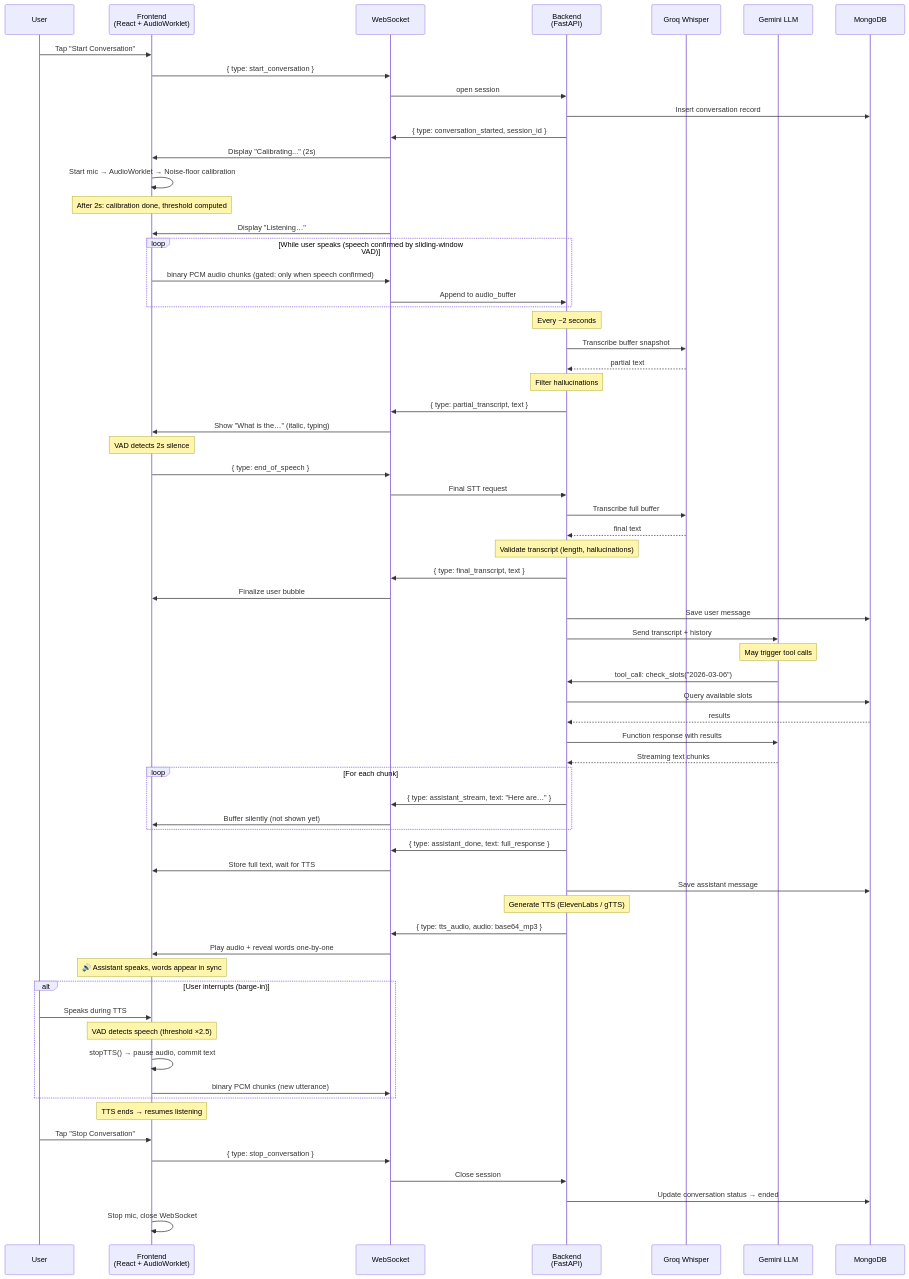
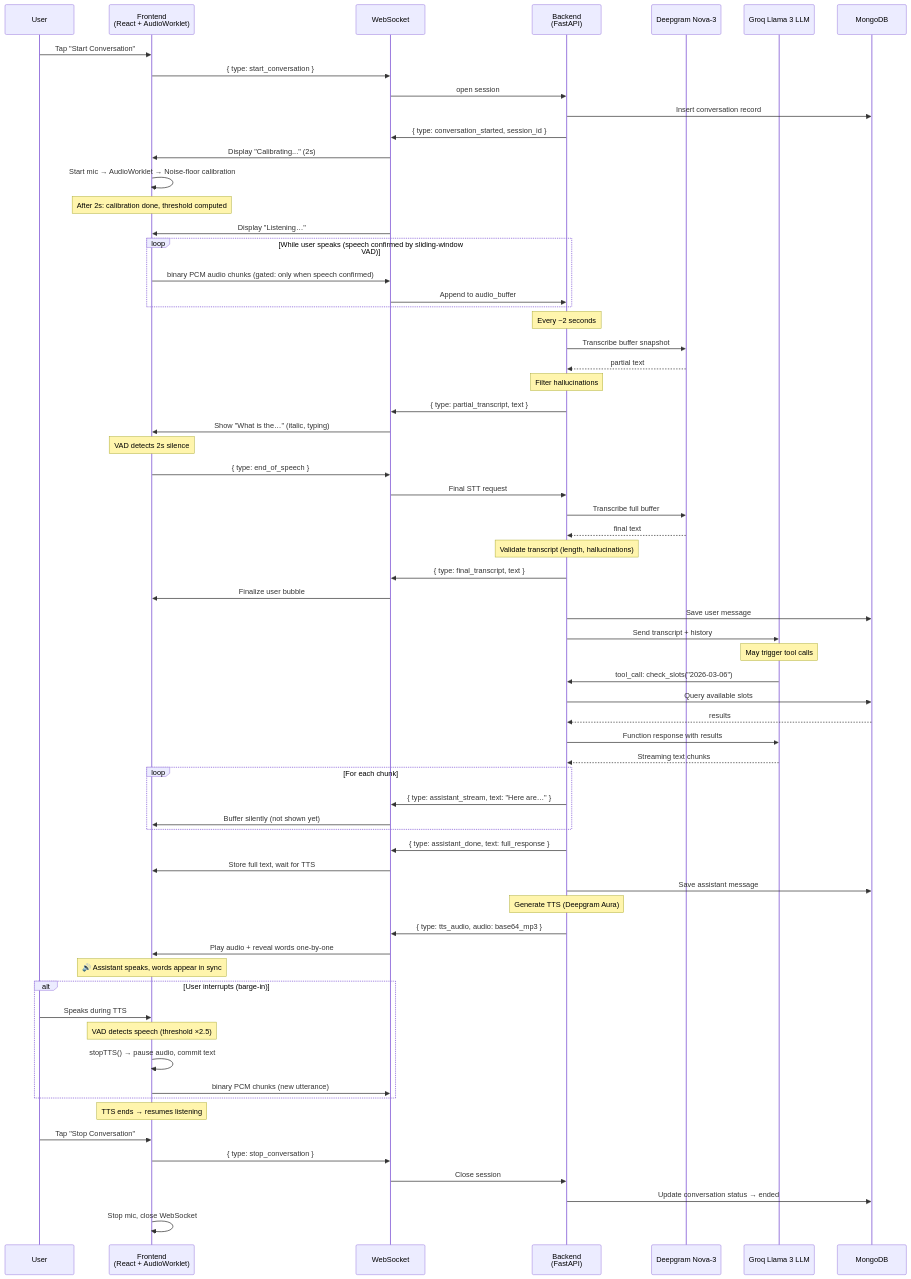
The second of 5 diagrams in docs/ARCHITECTURE.md (charanp2006/demo-voice-agent), drawn with Mermaid before and after one commit. The commit also changed other lines of this file and 8 other files, not shown here.

Commit message:
Update the STT, TTS, LLM with new tech stack

````diff
--- a/docs/ARCHITECTURE.md
+++ b/docs/ARCHITECTURE.md
@@ -64,80 +64,80 @@
 ```mermaid
 sequenceDiagram
     participant U as User
     participant FE as Frontend<br/>(React + AudioWorklet)
     participant WS as WebSocket
     participant BE as Backend<br/>(FastAPI)
-    participant STT as Groq Whisper
-    participant LLM as Gemini LLM
+    participant STT as Deepgram Nova-3
+    participant LLM as Groq Llama 3 LLM
     participant DB as MongoDB
 
     U->>FE: Tap "Start Conversation"
     FE->>WS: { type: start_conversation }
     WS->>BE: open session
     BE->>DB: Insert conversation record
     BE->>WS: { type: conversation_started, session_id }
     WS->>FE: Display "Calibrating..." (2s)
     FE->>FE: Start mic → AudioWorklet → Noise-floor calibration
     Note over FE: After 2s: calibration done, threshold computed
     WS->>FE: Display "Listening…"
 
     loop While user speaks (speech confirmed by sliding-window VAD)
         FE->>WS: binary PCM audio chunks (gated: only when speech confirmed)
         WS->>BE: Append to audio_buffer
     end
 
     Note over BE: Every ~2 seconds
     BE->>STT: Transcribe buffer snapshot
     STT-->>BE: partial text
     Note over BE: Filter hallucinations
     BE->>WS: { type: partial_transcript, text }
     WS->>FE: Show "What is the…" (italic, typing)
 
     Note over FE: VAD detects 2s silence
     FE->>WS: { type: end_of_speech }
     WS->>BE: Final STT request
 
     BE->>STT: Transcribe full buffer
     STT-->>BE: final text
     Note over BE: Validate transcript (length, hallucinations)
     BE->>WS: { type: final_transcript, text }
     WS->>FE: Finalize user bubble
     BE->>DB: Save user message
 
     BE->>LLM: Send transcript + history
     Note over LLM: May trigger tool calls
     LLM->>BE: tool_call: check_slots("2026-03-06")
     BE->>DB: Query available slots
     DB-->>BE: results
     BE->>LLM: Function response with results
     LLM-->>BE: Streaming text chunks
 
     loop For each chunk
         BE->>WS: { type: assistant_stream, text: "Here are…" }
         WS->>FE: Buffer silently (not shown yet)
     end
 
     BE->>WS: { type: assistant_done, text: full_response }
     WS->>FE: Store full text, wait for TTS
     BE->>DB: Save assistant message
 
-    Note over BE: Generate TTS (ElevenLabs / gTTS)
+    Note over BE: Generate TTS (Deepgram Aura)
     BE->>WS: { type: tts_audio, audio: base64_mp3 }
     WS->>FE: Play audio + reveal words one-by-one
     Note over FE: 🔊 Assistant speaks, words appear in sync
 
     alt User interrupts (barge-in)
         U->>FE: Speaks during TTS
         Note over FE: VAD detects speech (threshold ×2.5)
         FE->>FE: stopTTS() → pause audio, commit text
         FE->>WS: binary PCM chunks (new utterance)
     end
 
     Note over FE: TTS ends → resumes listening
 
     U->>FE: Tap "Stop Conversation"
     FE->>WS: { type: stop_conversation }
     WS->>BE: Close session
     BE->>DB: Update conversation status → ended
     FE->>FE: Stop mic, close WebSocket
 ```
````
